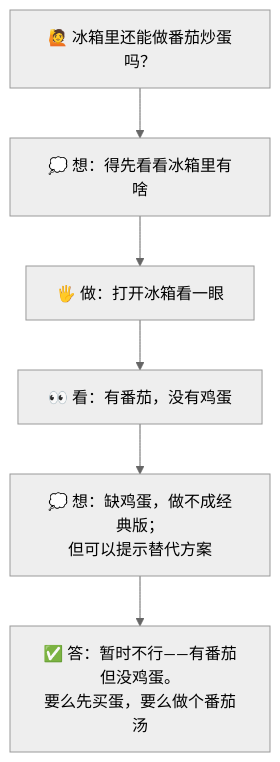
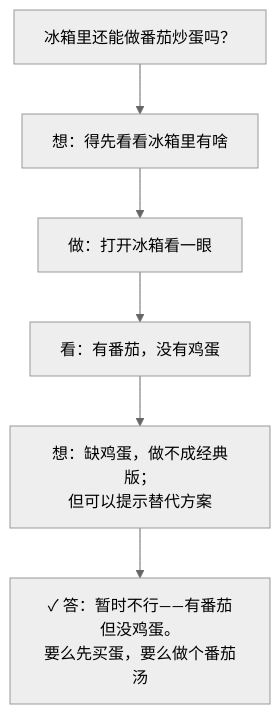
Before and after one commit to luckykhy/KhyAiHub: the fifth of 6 diagrams in docs/02_CONCEPTS_概念入门/CONCEPT/[CONCEPT-19] 什么是ReAct-智能体推理模式.md, drawn with Mermaid (neutral theme). The commit also changed other lines of this file and 19 other files, not shown here.

````diff
--- a/docs/02_CONCEPTS_概念入门/CONCEPT/[CONCEPT-19] 什么是ReAct-智能体推理模式.md
+++ b/docs/02_CONCEPTS_概念入门/CONCEPT/[CONCEPT-19] 什么是ReAct-智能体推理模式.md
@@ -248,8 +248,8 @@
 ```mermaid
 flowchart TB
-  Q["🙋 冰箱里还能做番茄炒蛋吗？"] --> T1["💭 想：得先看看冰箱里有啥"]
-  T1 --> A1["🖐️ 做：打开冰箱看一眼"]
-  A1 --> O1["👀 看：有番茄，没有鸡蛋"]
-  O1 --> T2["💭 想：缺鸡蛋，做不成经典版；<br/>但可以提示替代方案"]
-  T2 --> ANS["✅ 答：暂时不行——有番茄但没鸡蛋。<br/>要么先买蛋，要么做个番茄汤"]
+  Q["冰箱里还能做番茄炒蛋吗？"] --> T1["想：得先看看冰箱里有啥"]
+  T1 --> A1["做：打开冰箱看一眼"]
+  A1 --> O1["看：有番茄，没有鸡蛋"]
+  O1 --> T2["想：缺鸡蛋，做不成经典版；<br/>但可以提示替代方案"]
+  T2 --> ANS["✓ 答：暂时不行——有番茄但没鸡蛋。<br/>要么先买蛋，要么做个番茄汤"]
 ```
````
